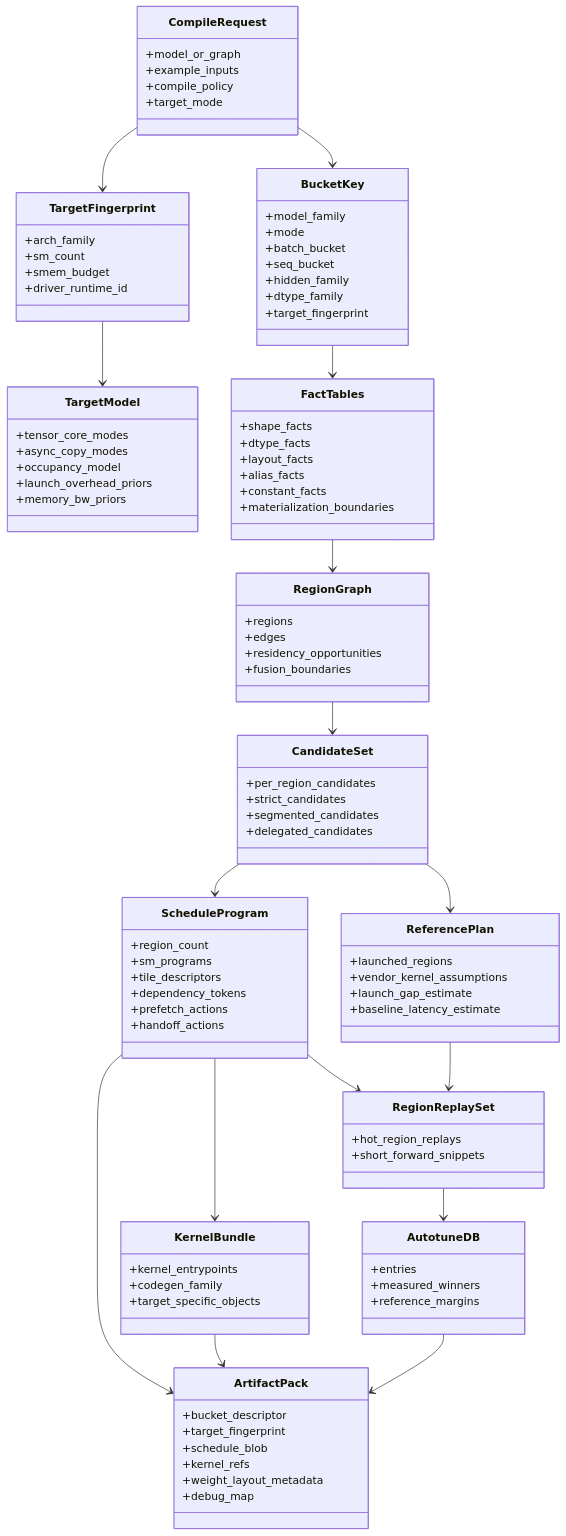
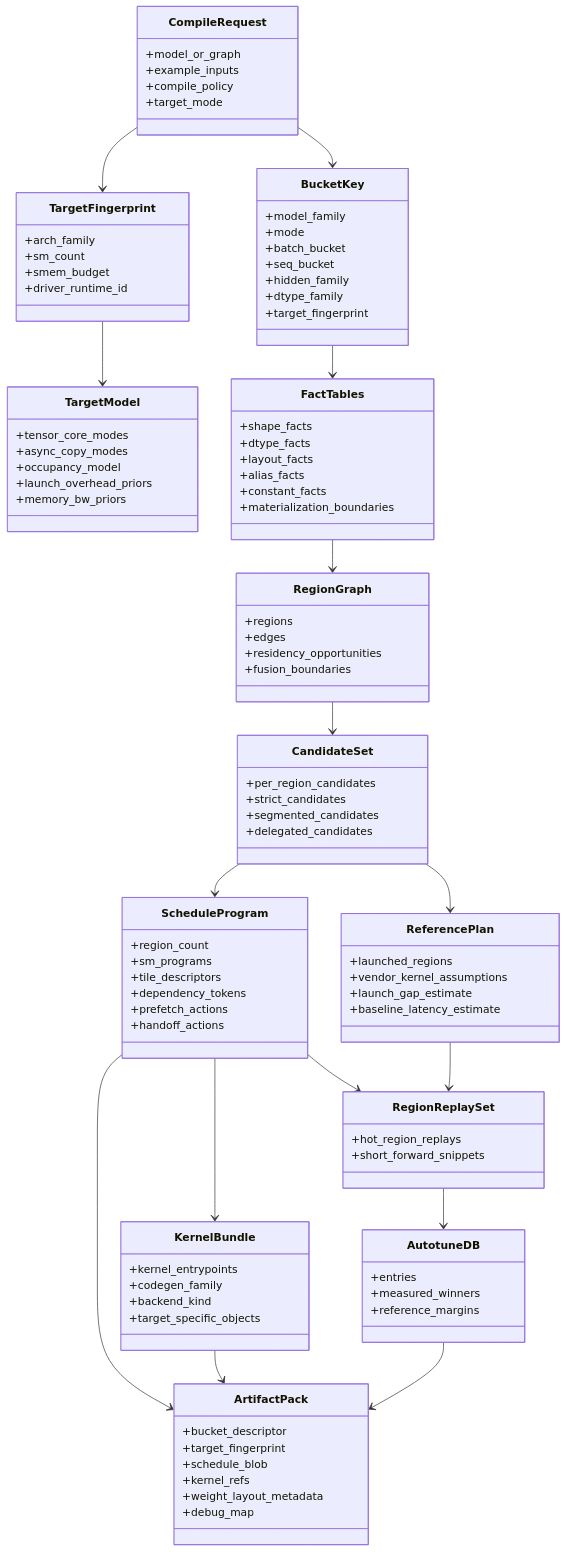
One commit to megabake/megabake changed the second of 3 diagrams in MEGABAKE_V2_DATAFLOW_DIAGRAM.md. Above: the diagram before and after it, drawn with Mermaid. The commit also changed other lines of this file and 2 other files, not shown here.

```diff
--- a/MEGABAKE_V2_DATAFLOW_DIAGRAM.md
+++ b/MEGABAKE_V2_DATAFLOW_DIAGRAM.md
@@ -183,6 +183,7 @@
   class KernelBundle {
     +kernel_entrypoints
     +codegen_family
+    +backend_kind
     +target_specific_objects
   }
 
```
